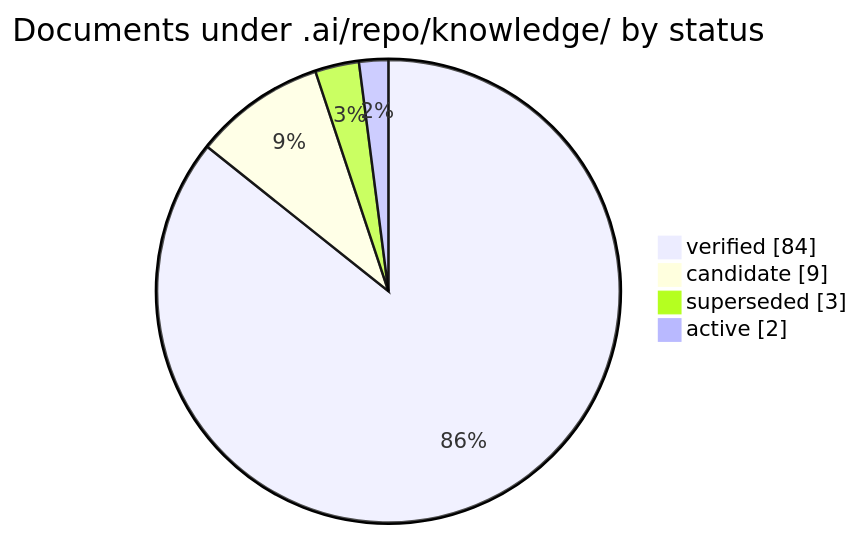
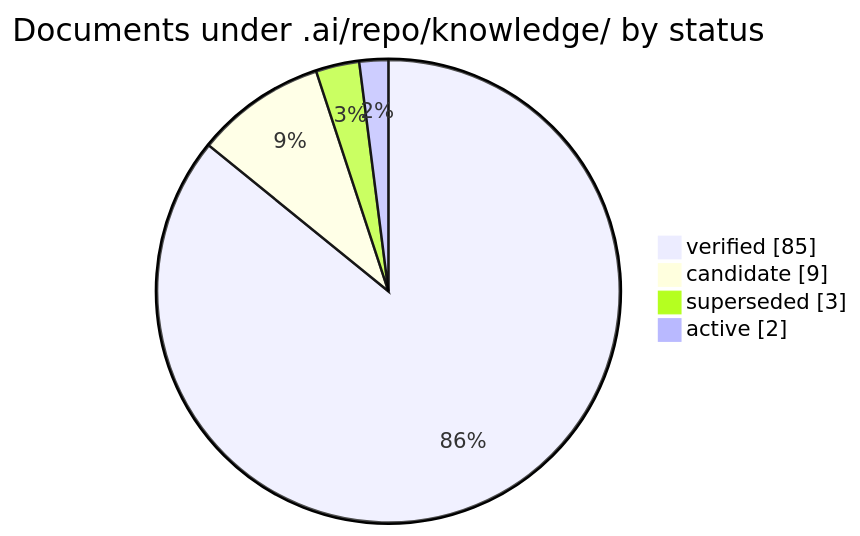
Before and after one commit to korczis/OpenTTD: the first of 3 diagrams in .ai/repo/knowledge/README.md, drawn with Mermaid. The commit also changed other lines of this file and 6 other files, not shown here.

````diff
--- a/.ai/repo/knowledge/README.md
+++ b/.ai/repo/knowledge/README.md
@@ -35,8 +35,8 @@
 ```mermaid
 pie showData title Documents under .ai/repo/knowledge/ by status
     %% links: README.md?col=Status&filter=verified#records-generated | README.md?col=Status&filter=candidate#records-generated | README.md?col=Status&filter=superseded#records-generated | README.md?col=Status&filter=active#records-generated
-    "verified" : 84
+    "verified" : 85
     "candidate" : 9
     "superseded" : 3
     "active" : 2
 ```
````
